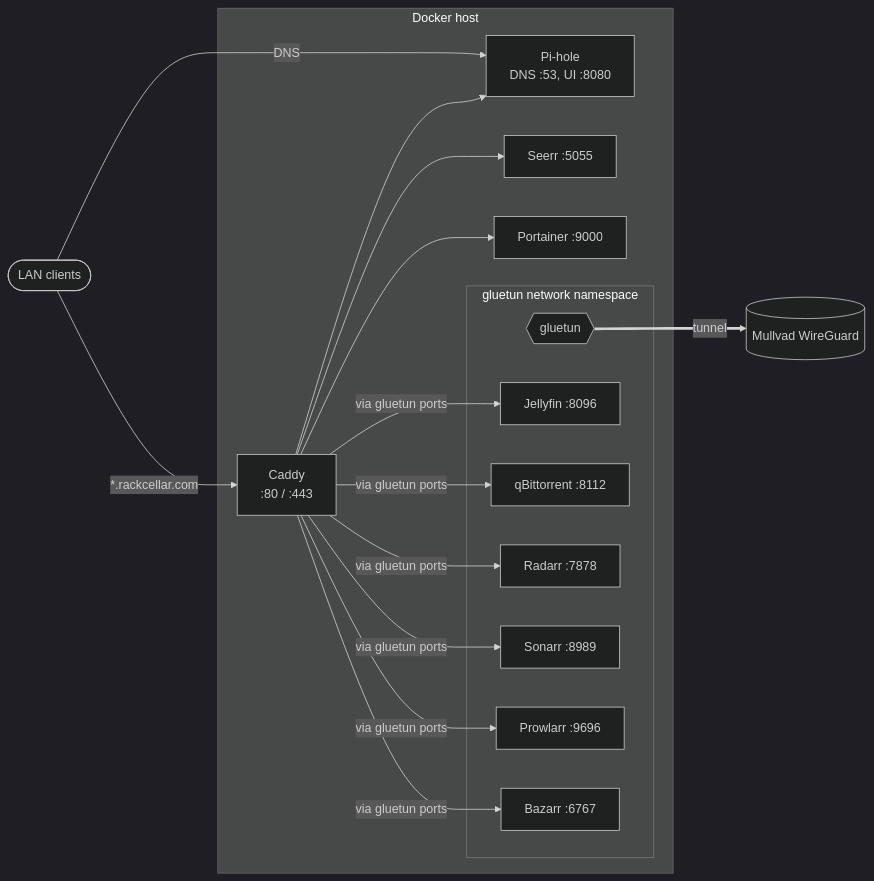
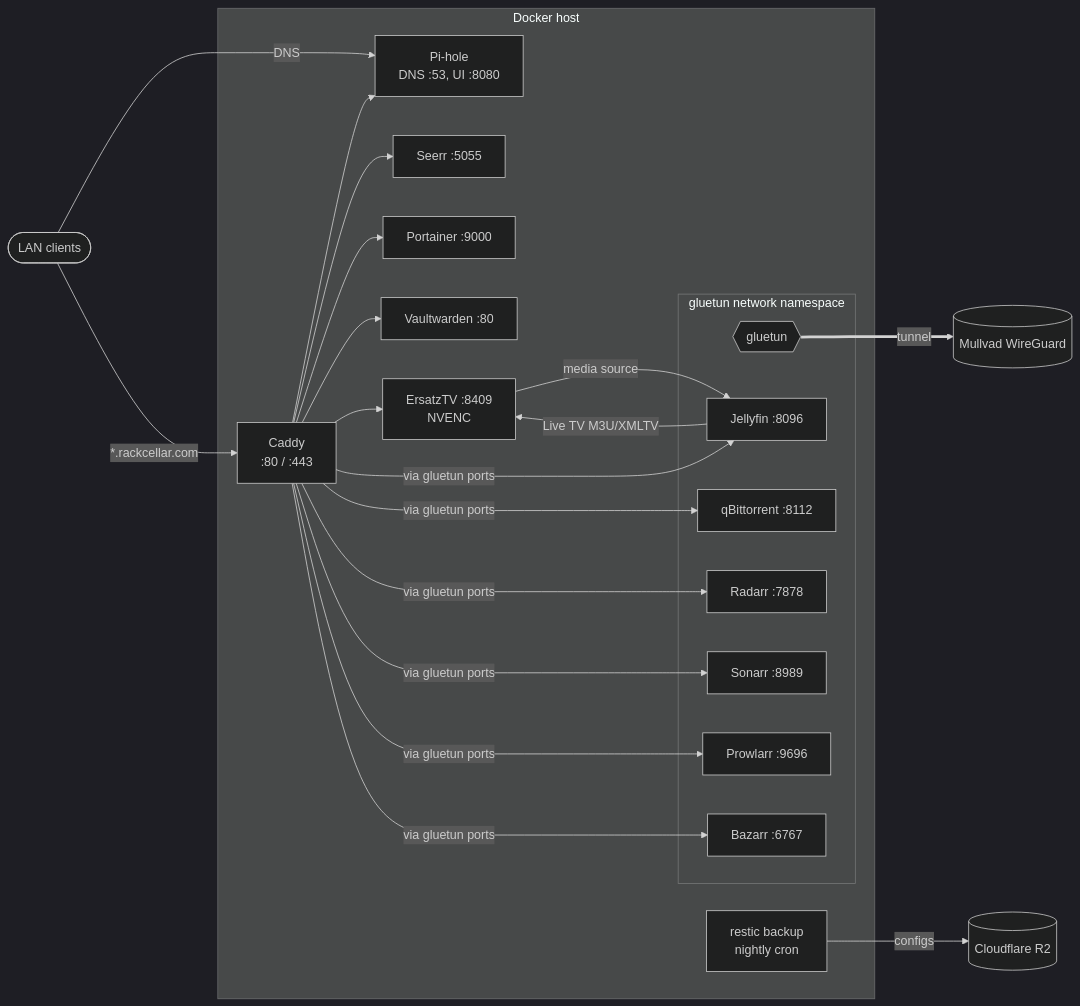
The diagram in README.md (jonnynabors/docker), drawn with Mermaid (dark theme) before and after one commit.

````diff
--- a/README.md
+++ b/README.md
@@ -7,30 +7,39 @@
 ```mermaid
 flowchart LR
     LAN([LAN clients])
     Mullvad[(Mullvad WireGuard)]
+    R2[(Cloudflare R2)]
 
     subgraph host[Docker host]
         pihole[Pi-hole<br/>DNS :53, UI :8080]
         caddy[Caddy<br/>:80 / :443]
         seerr[Seerr :5055]
         portainer[Portainer :9000]
+        vault[Vaultwarden :80]
+        ersatztv[ErsatzTV :8409<br/>NVENC]
+        backup[restic backup<br/>nightly cron]
 
         subgraph vpn[gluetun network namespace]
             gluetun{{gluetun}}
             jellyfin[Jellyfin :8096]
             qbit[qBittorrent :8112]
             radarr[Radarr :7878]
             sonarr[Sonarr :8989]
             prowlarr[Prowlarr :9696]
             bazarr[Bazarr :6767]
         end
     end
 
     LAN -- DNS --> pihole
     LAN -- "*.rackcellar.com" --> caddy
     caddy --> pihole
     caddy --> seerr
     caddy --> portainer
+    caddy --> vault
+    caddy --> ersatztv
+    jellyfin -- Live TV M3U/XMLTV --> ersatztv
+    ersatztv -- media source --> jellyfin
+    backup -- configs --> R2
     caddy -- via gluetun ports --> jellyfin & qbit & radarr & sonarr & prowlarr & bazarr
     gluetun == tunnel ==> Mullvad
 ```
````
